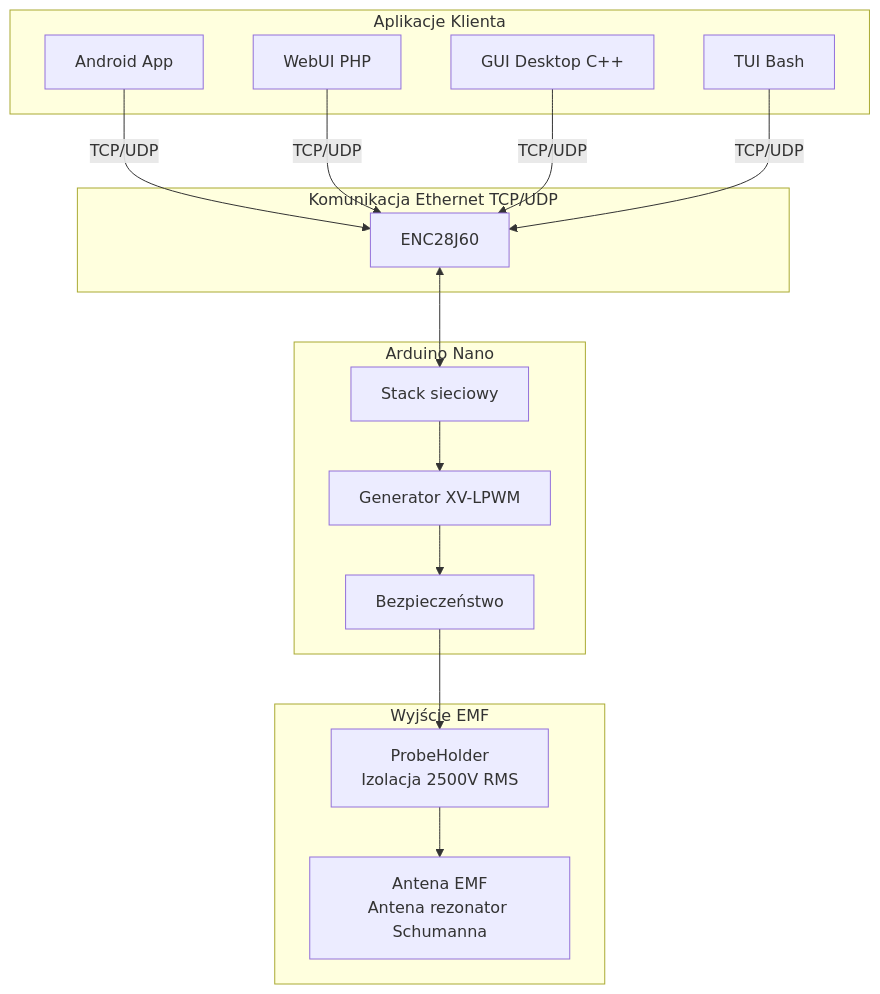
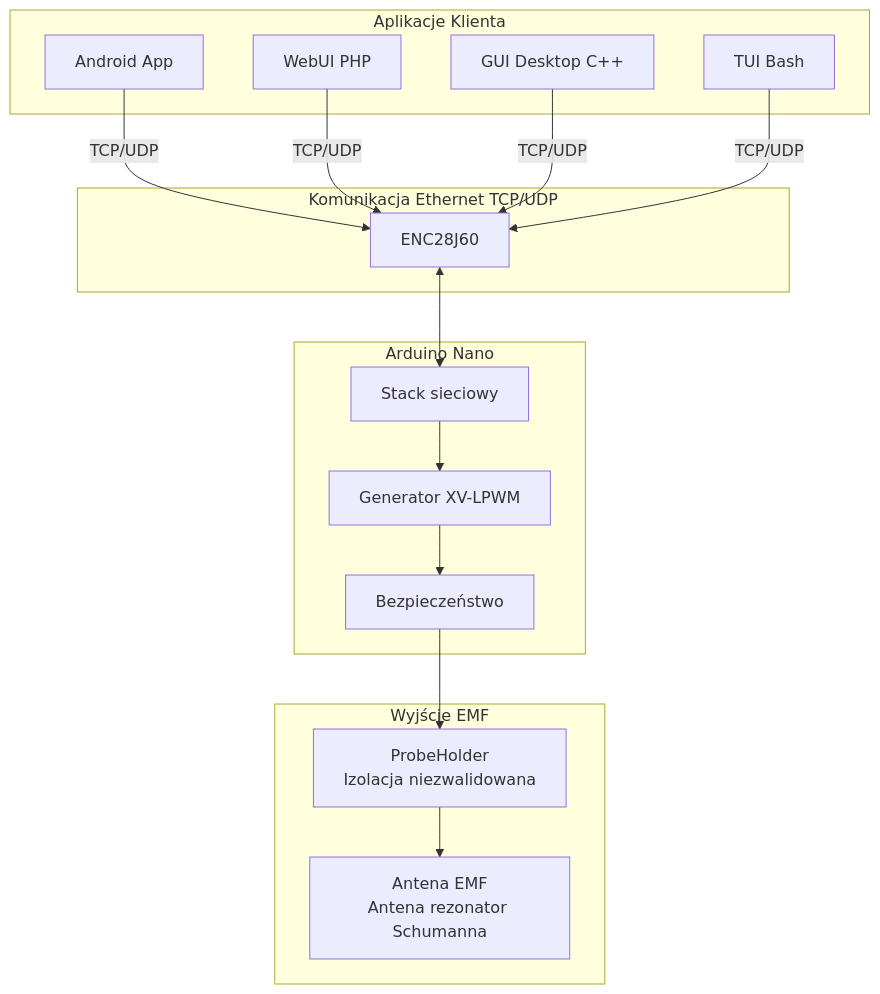
One commit to bartoszruta26-droid/Bioresonance changed the diagram in README.md. Above: the diagram before and after it, drawn with Mermaid. The commit also changed other lines of this file, not shown here.

````diff
--- a/README.md
+++ b/README.md
@@ -72,35 +72,35 @@
 ```mermaid
 graph TD
     subgraph Klient["Aplikacje Klienta"]
         A[Android App]
         B[WebUI PHP]
         C[GUI Desktop C++]
         D[TUI Bash]
     end
 
     subgraph Sieć["Komunikacja Ethernet TCP/UDP"]
         E[ENC28J60]
     end
 
     subgraph Arduino["Arduino Nano"]
         F[Generator XV-LPWM]
         G[Bezpieczeństwo]
         H[Stack sieciowy]
     end
 
     subgraph Wyjście["Wyjście EMF"]
-        I[ProbeHolder<br/>Izolacja 2500V RMS]
+        I[ProbeHolder<br/>Izolacja niezwalidowana]
         J[Antena EMF<br/>Antena rezonator Schumanna]
     end
 
     A -->|TCP/UDP| E
     B -->|TCP/UDP| E
     C -->|TCP/UDP| E
     D -->|TCP/UDP| E
     
     E <--> H
     H --> F
     F --> G
     G --> I
     I --> J
 ```
````
